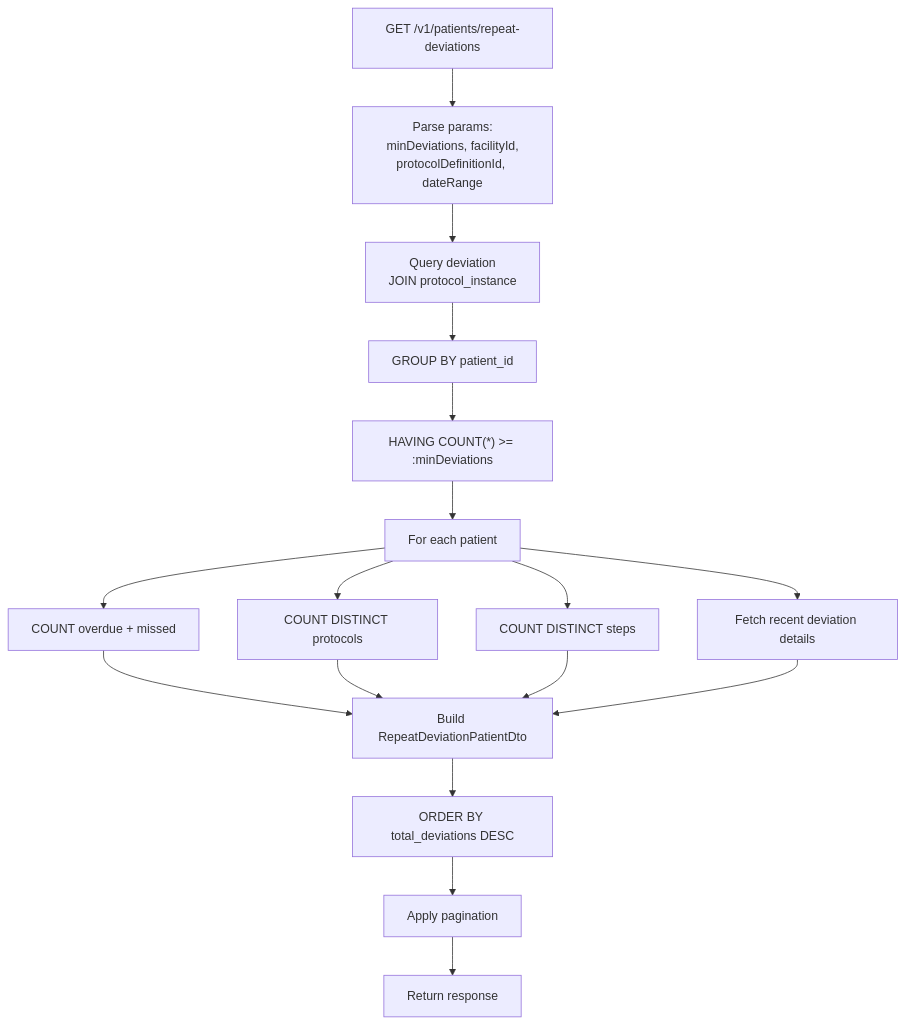
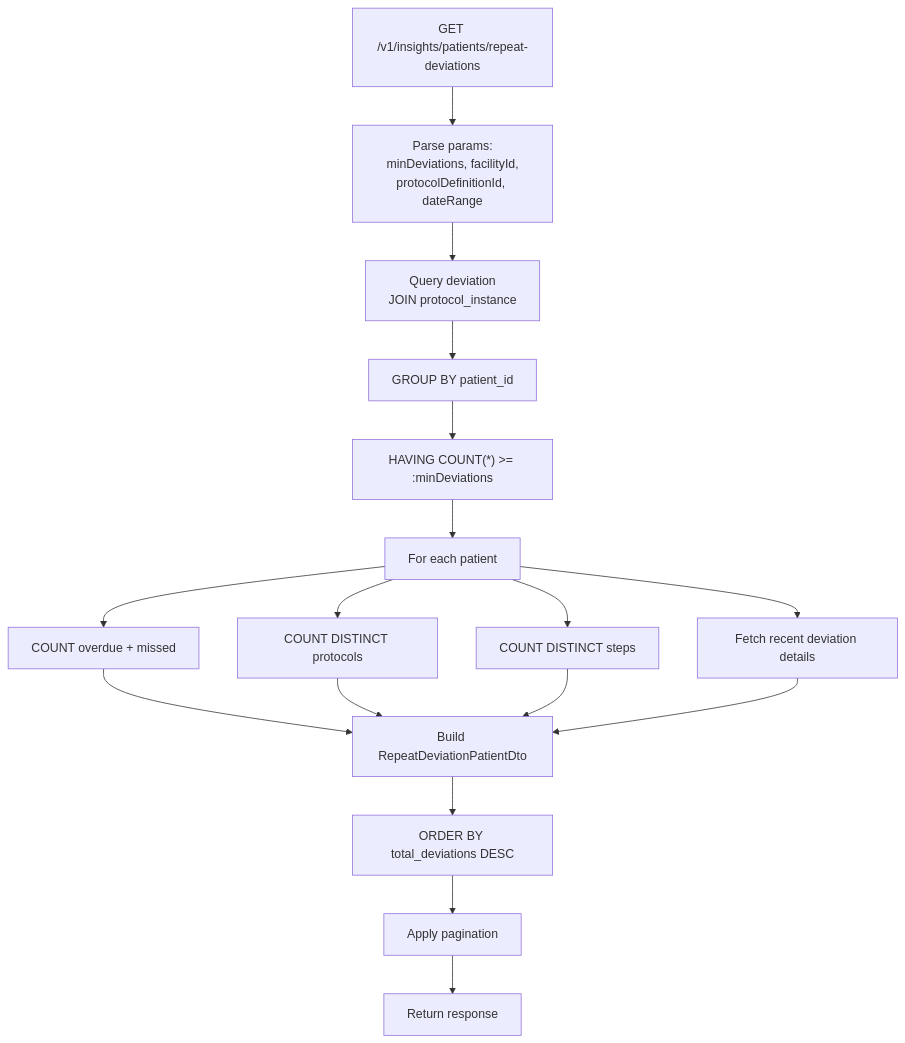
One commit to AjishaVayoli-Tarento/cce-insights-service changed diagram 20 of 27 in docs/flow-diagrams.md. Above: the diagram before and after it, drawn with Mermaid. The commit also changed other lines of this file and 27 other files, not shown here.

````diff
--- a/docs/flow-diagrams.md
+++ b/docs/flow-diagrams.md
@@ -419,22 +419,22 @@
 ```mermaid
 flowchart TD
-    A[GET /v1/patients/repeat-deviations] --> B[Parse params:<br/>minDeviations, facilityId,<br/>protocolDefinitionId, dateRange]
+    A[GET /v1/insights/patients/repeat-deviations] --> B[Parse params:<br/>minDeviations, facilityId,<br/>protocolDefinitionId, dateRange]
     B --> C[Query deviation<br/>JOIN protocol_instance]
     C --> D[GROUP BY patient_id]
     D --> E["HAVING COUNT(*) >= :minDeviations"]
 
     E --> F[For each patient]
     F --> G[COUNT overdue + missed]
     F --> H[COUNT DISTINCT protocols]
     F --> I[COUNT DISTINCT steps]
     F --> J[Fetch recent deviation details]
 
     G --> K[Build RepeatDeviationPatientDto]
     H --> K
     I --> K
     J --> K
 
     K --> L[ORDER BY total_deviations DESC]
     L --> M[Apply pagination]
     M --> N[Return response]
 ```
````
